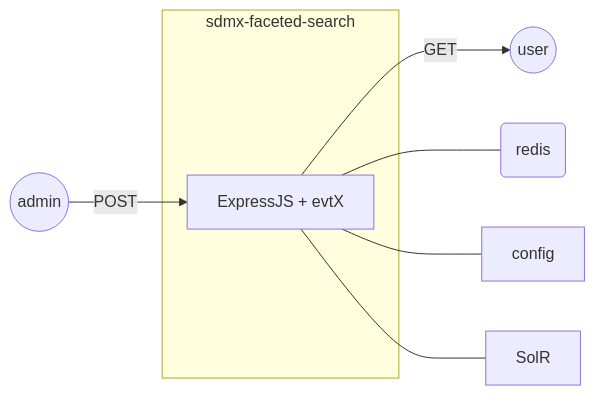
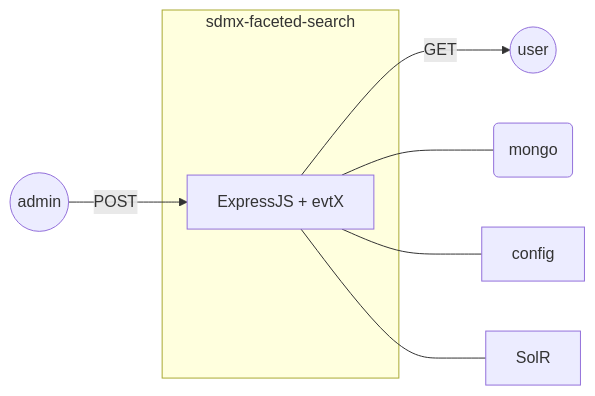
The third of 5 diagrams in content/getting started/framework.md (mmiranda222/.statsuite), drawn with Mermaid before and after one commit. The commit also changed other lines of this file and 23 other files, not shown here.

```diff
--- a/content/getting started/framework.md
+++ b/content/getting started/framework.md
@@ -316,18 +318,18 @@
 {{< mermaid align="left" >}}
 graph LR
   id0[ExpressJS + evtX]
   id2[SolR]
-  id4(redis)
+  id4(mongo)
   id5[config]
   id7((user))
   id9((admin))
 
   id0 -->|GET| id7
   id9 -->|POST| id0
   id0 --- id4
   id0 --- id5
   id0 --- id2
   subgraph sdmx-faceted-search
     id0
   end
 {{< /mermaid >}}
```
